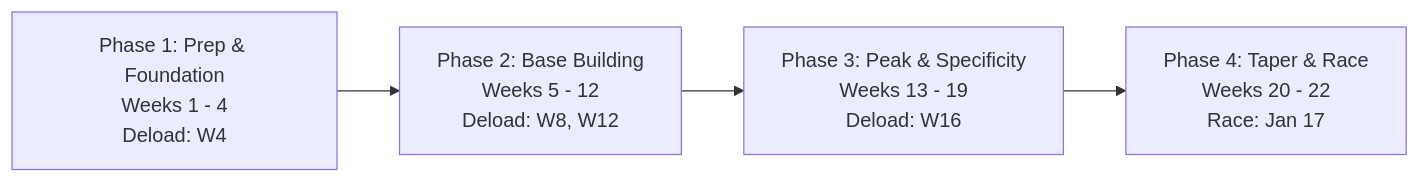
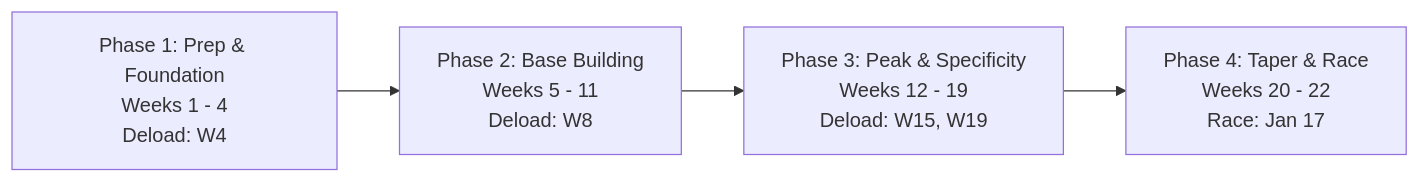
The first of 2 diagrams in CONTEXT.md (vish9731-agentic/TMM2027), drawn with Mermaid before and after one commit. The commit also changed other lines of this file and 7 other files, not shown here.

````diff
--- a/CONTEXT.md
+++ b/CONTEXT.md
@@ -117,6 +117,6 @@
 ```mermaid
 graph LR
-    P1[Phase 1: Prep & Foundation<br>Weeks 1 - 4<br>Deload: W4] --> P2[Phase 2: Base Building<br>Weeks 5 - 12<br>Deload: W8, W12]
-    P2 --> P3[Phase 3: Peak & Specificity<br>Weeks 13 - 19<br>Deload: W16]
+    P1[Phase 1: Prep & Foundation<br>Weeks 1 - 4<br>Deload: W4] --> P2[Phase 2: Base Building<br>Weeks 5 - 11<br>Deload: W8]
+    P2 --> P3[Phase 3: Peak & Specificity<br>Weeks 12 - 19<br>Deload: W15, W19]
     P3 --> P4[Phase 4: Taper & Race<br>Weeks 20 - 22<br>Race: Jan 17]
 ```
````
